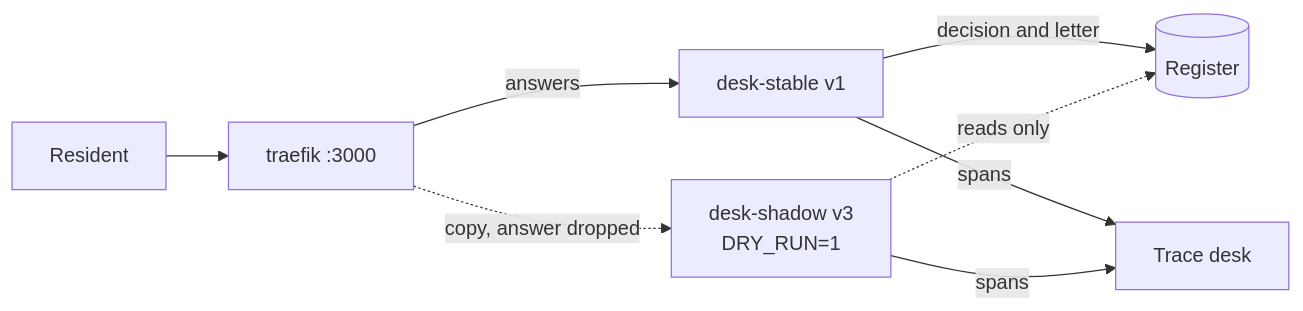
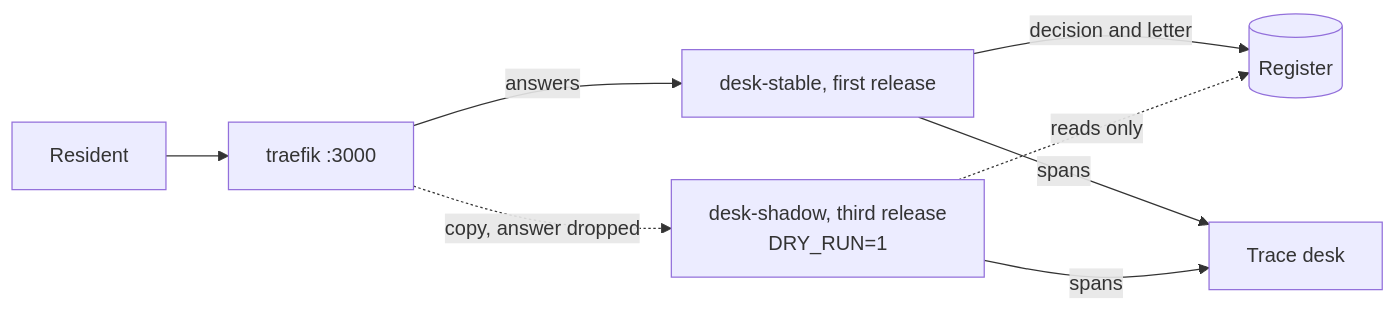
One commit to learnwithparam/agentic-deployment changed the diagram in parts/05-go-further/01-shadow-the-canary/problem/README.md. Above: the diagram before and after it, drawn with Mermaid. The commit also changed other lines of this file and 370 other files, not shown here.

````diff
--- a/parts/05-go-further/01-shadow-the-canary/problem/README.md
+++ b/parts/05-go-further/01-shadow-the-canary/problem/README.md
@@ -27,9 +18,9 @@
 ```mermaid
 flowchart LR
   R[Resident] --> T[traefik :3000]
-  T -->|answers| S[desk-stable v1]
-  T -.->|copy, answer dropped| SH[desk-shadow v3<br/>DRY_RUN=1]
+  T -->|answers| S[desk-stable, first release]
+  T -.->|copy, answer dropped| SH[desk-shadow, third release<br/>DRY_RUN=1]
   S -->|decision and letter| REG[(Register)]
   SH -.->|reads only| REG
   S & SH -->|spans| TD[Trace desk]
 ```
````
